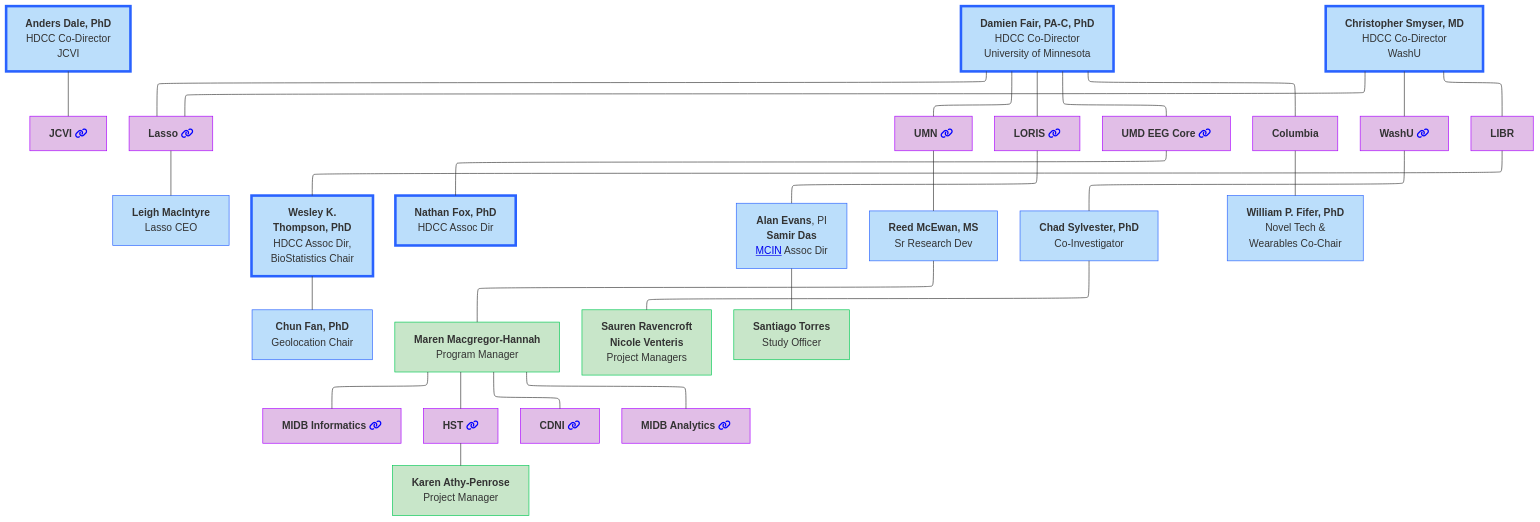
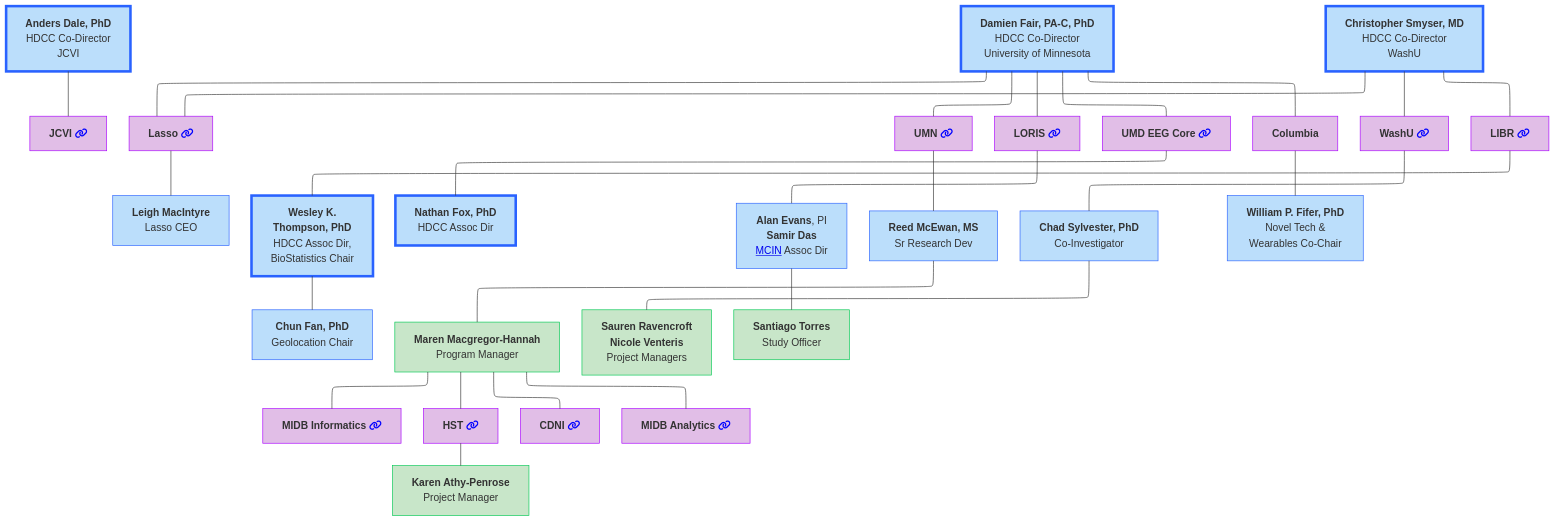
The first of 11 diagrams in docs/orgcharts.md (DCAN-Labs/hbcd-docs-internal), drawn with Mermaid before and after one commit.

Commit message:
add link to LIBR

````diff
--- a/docs/orgcharts.md
+++ b/docs/orgcharts.md
@@ -17,63 +17,64 @@
 ```mermaid
 ---
 config:
   layout: elk
 ---
 flowchart TB
     n2["<b>Anders Dale, PhD<br></b>HDCC Co-Director<br>JCVI"] --- jcvi["<b>JCVI</b> <i class="fa-solid fa-link" style="color: blue;"></i>"]
     E["<b>Damien Fair, PA-C, PhD</b><br>HDCC Co-Director<br>University of Minnesota"] --- lasso["<b>Lasso</b> <i class="fa-solid fa-link" style="color: blue;"></i>"] & umn["<b>UMN</b> <i class="fa-solid fa-link" style="color: blue;"></i>"] & n7["<b>LORIS</b> <i class="fa-solid fa-link" style="color: blue;"></i>"] & n8["<b>UMD EEG Core</b> <i class="fa-solid fa-link" style="color: blue;"></i>"] & n11["<b>Columbia</b>"]
     lasso --- lasso1["<b>Leigh MacIntyre</b><br>Lasso CEO"]
-    n1["<b>Christopher Smyser, MD<br></b>HDCC Co-Director<br>WashU"] --- n10["<b>WashU</b> <i class="fa-solid fa-link" style="color: blue;"></i>"] & n12["<b>LIBR</b>"] & lasso
+    n1["<b>Christopher Smyser, MD<br></b>HDCC Co-Director<br>WashU"] --- n10["<b>WashU</b> <i class="fa-solid fa-link" style="color: blue;"></i>"] & n12["<b>LIBR</b> <i class="fa-solid fa-link" style="color: blue;"></i>"] & lasso
     n16["<b>Wesley K.<br>Thompson, PhD</b><br>HDCC Assoc Dir,<br>BioStatistics Chair"] --- n17["<b>Chun Fan, PhD</b><br>Geolocation Chair"]
     n12 --- n16
     n8 --- n19["<b>Nathan Fox, PhD<br></b>HDCC Assoc Dir"]
     n7 --- n20["<b>Alan Evans</b>, PI<br><b>Samir Das</b><br><a href="https://mcin.ca/about-mcin/" target="_blank">MCIN</a> Assoc Dir"]
     umn --- reed["<b>Reed McEwan, MS</b><br>Sr Research Dev"]
     n10 --- n22["<b>Chad Sylvester, PhD</b><br>Co-Investigator"]
     n11 --- n18["<b>William P. Fifer, PhD</b><br>Novel Tech &<br>Wearables Co-Chair"]
     reed --- n30["<b>Maren Macgregor-Hannah</b><br>Program Manager"]
     n30 --- n25["<b>MIDB Informatics</b> <i class="fa-solid fa-link" style="color: blue;"></i>"]
     n30 --- n27["<b>HST</b> <i class="fa-solid fa-link" style="color: blue;"></i>"]
     n30 --- n28["<b>CDNI</b> <i class="fa-solid fa-link" style="color: blue;"></i>"]
     n30 --- n29["<b>MIDB Analytics</b> <i class="fa-solid fa-link" style="color: blue;"></i>"]
     n27 --- n31["<b>Karen Athy-Penrose</b><br>Project Manager"]
     n22 --- n32["<b>Sauren Ravencroft<br>Nicole Venteris</b><br>Project Managers"]
     n20 --- n33["<b>Santiago Torres</b><br>Study Officer"]
     style n2 fill:#BBDEFB,stroke:#2962FF,stroke-width:4px
     style jcvi fill:#E1BEE7,stroke:#AA00FF
     style E fill:#BBDEFB,stroke:#2962FF,stroke-width:4px
     style lasso fill:#E1BEE7,stroke:#AA00FF
     style umn fill:#E1BEE7,stroke:#AA00FF
     style n7 fill:#E1BEE7,stroke:#AA00FF
     style n8 fill:#E1BEE7,stroke:#AA00FF
     style n11 fill:#E1BEE7,stroke:#AA00FF
     style lasso1 fill:#BBDEFB,stroke:#2962FF
     style n1 fill:#BBDEFB,stroke:#2962FF,stroke-width:4px
     style n10 fill:#E1BEE7,stroke:#AA00FF
     style n12 fill:#E1BEE7,stroke:#AA00FF
     style n16 fill:#BBDEFB,stroke:#2962FF,stroke-width:4px
     style n17 fill:#BBDEFB,stroke:#2962FF
     style n19 fill:#BBDEFB,stroke:#2962FF,stroke-width:4px
     style n20 fill:#BBDEFB,stroke:#2962FF
     style reed fill:#BBDEFB,stroke:#2962FF
     style n22 fill:#BBDEFB,stroke:#2962FF
     style n18 fill:#BBDEFB,stroke:#2962FF
     style n25 fill:#E1BEE7,stroke:#AA00FF
     style n27 fill:#E1BEE7,stroke:#AA00FF
     style n28 fill:#E1BEE7,stroke:#AA00FF
     style n29 fill:#E1BEE7,stroke:#AA00FF
     style n30 fill:#C8E6C9,stroke:#00C853
     style n31 fill:#C8E6C9,stroke:#00C853
     style n32 fill:#C8E6C9,stroke:#00C853
     style n33 fill:#C8E6C9,stroke:#00C853
     click jcvi "#j-craig-venter-institute"
     click lasso "#lasso"
     click umn "#university-of-minnesota"
     click n7 "#loris"
     click n8 "#university-of-maryland"
     click n10 "#washu"
     click n25 "#midb-informatics-hub-msi"
     click n29 "#midb-analytics-hub"
     click n27 "#health-sciences-technology"
     click n28 "#center-for-developmental-neuroimaging"
+    click n12 "#libr"
 ```
````
